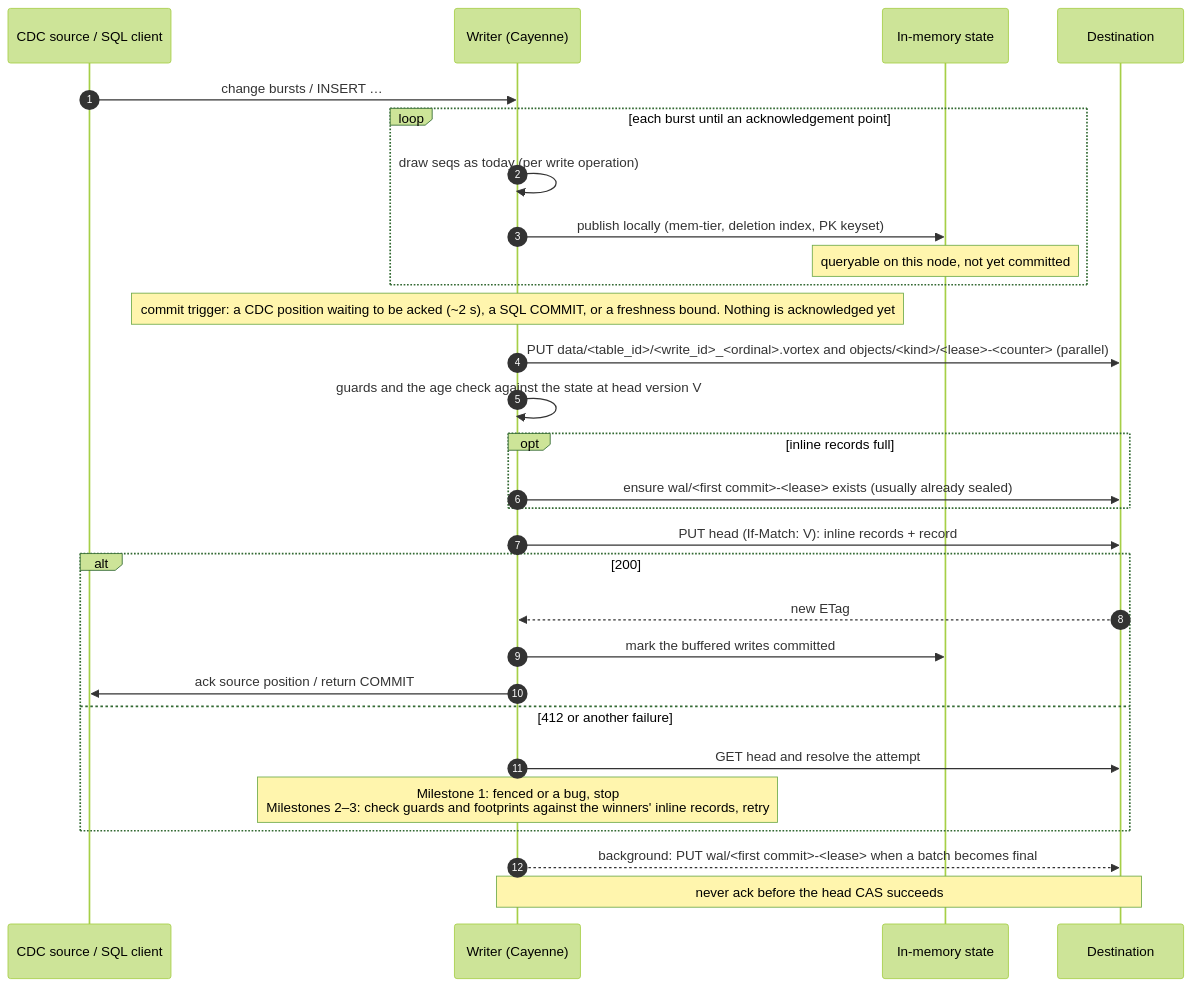
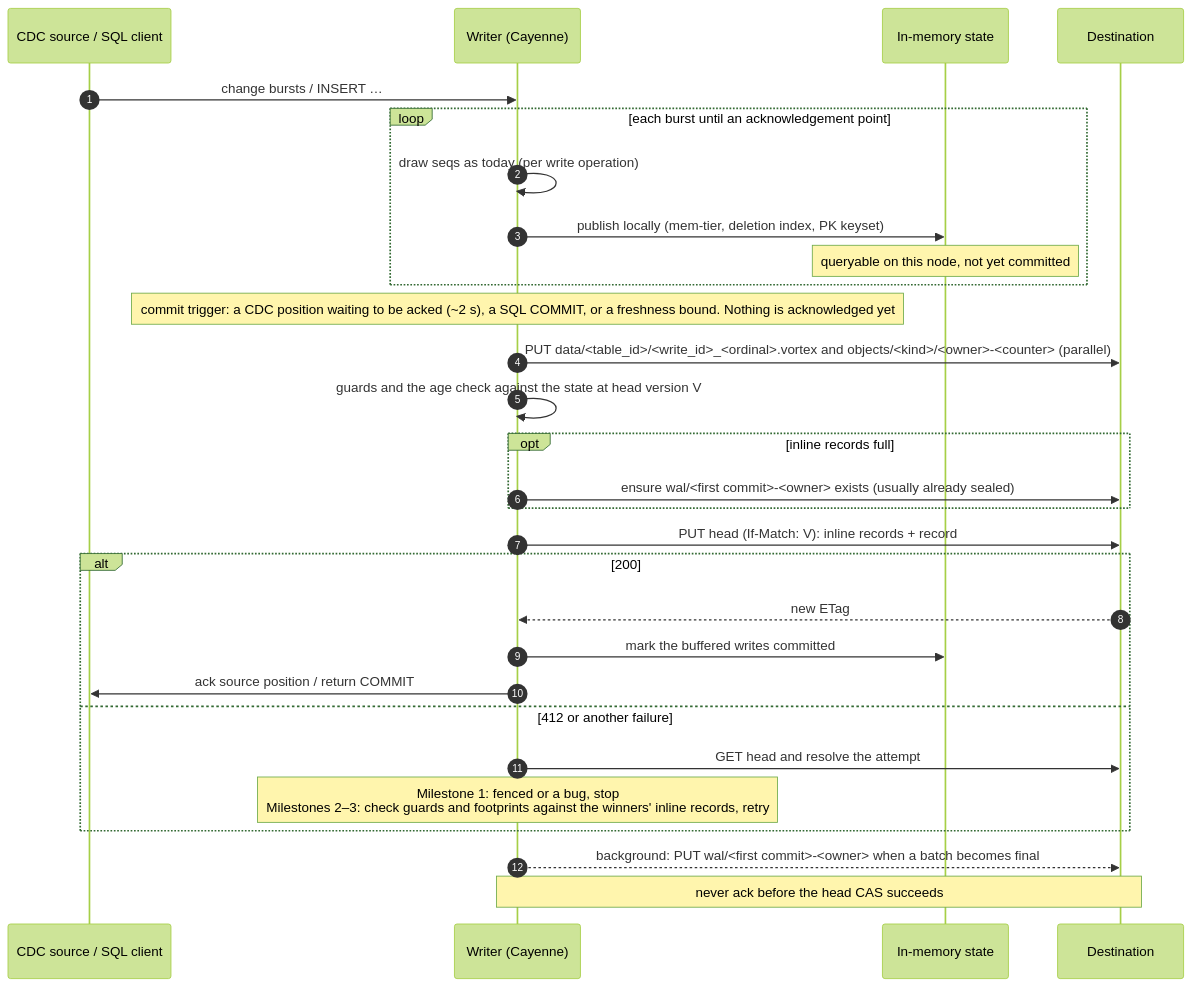
The first of 5 diagrams in docs/design/object-native-metastore-technical.md (spiceai/spiceai), drawn with Mermaid (forest theme) before and after one commit. The commit also changed other lines of this file and 2 other files, not shown here.

First line of the commit message:
docs(design): name objects by owner, order standbys after data placement

````diff
--- a/docs/design/object-native-metastore-technical.md
+++ b/docs/design/object-native-metastore-technical.md
@@ -198,32 +198,32 @@
 ```mermaid
 sequenceDiagram
     autonumber
     participant SRC as CDC source / SQL client
     participant W as Writer (Cayenne)
     participant M as In-memory state
     participant S as Destination
 
     SRC->>W: change bursts / INSERT …
     loop each burst until an acknowledgement point
         W->>W: draw seqs as today (per write operation)
         W->>M: publish locally (mem-tier, deletion index, PK keyset)
         Note over M: queryable on this node, not yet committed
     end
     Note over W: commit trigger: a CDC position waiting to be acked (~2 s), a SQL COMMIT, or a freshness bound. Nothing is acknowledged yet
-    W->>S: PUT data/<table_id>/<write_id>_<ordinal>.vortex and objects/<kind>/<lease>-<counter> (parallel)
+    W->>S: PUT data/<table_id>/<write_id>_<ordinal>.vortex and objects/<kind>/<owner>-<counter> (parallel)
     W->>W: guards and the age check against the state at head version V
     opt inline records full
-        W->>S: ensure wal/<first commit>-<lease> exists (usually already sealed)
+        W->>S: ensure wal/<first commit>-<owner> exists (usually already sealed)
     end
     W->>S: PUT head (If-Match: V): inline records + record
     alt 200
         S-->>W: new ETag
         W->>M: mark the buffered writes committed
         W->>SRC: ack source position / return COMMIT
     else 412 or another failure
         W->>S: GET head and resolve the attempt
         Note over W: Milestone 1: fenced or a bug, stop<br/>Milestones 2–3: check guards and footprints against the winners' inline records, retry
     end
-    W-->>S: background: PUT wal/<first commit>-<lease> when a batch becomes final
+    W-->>S: background: PUT wal/<first commit>-<owner> when a batch becomes final
     Note over W,S: never ack before the head CAS succeeds
 ```
````
